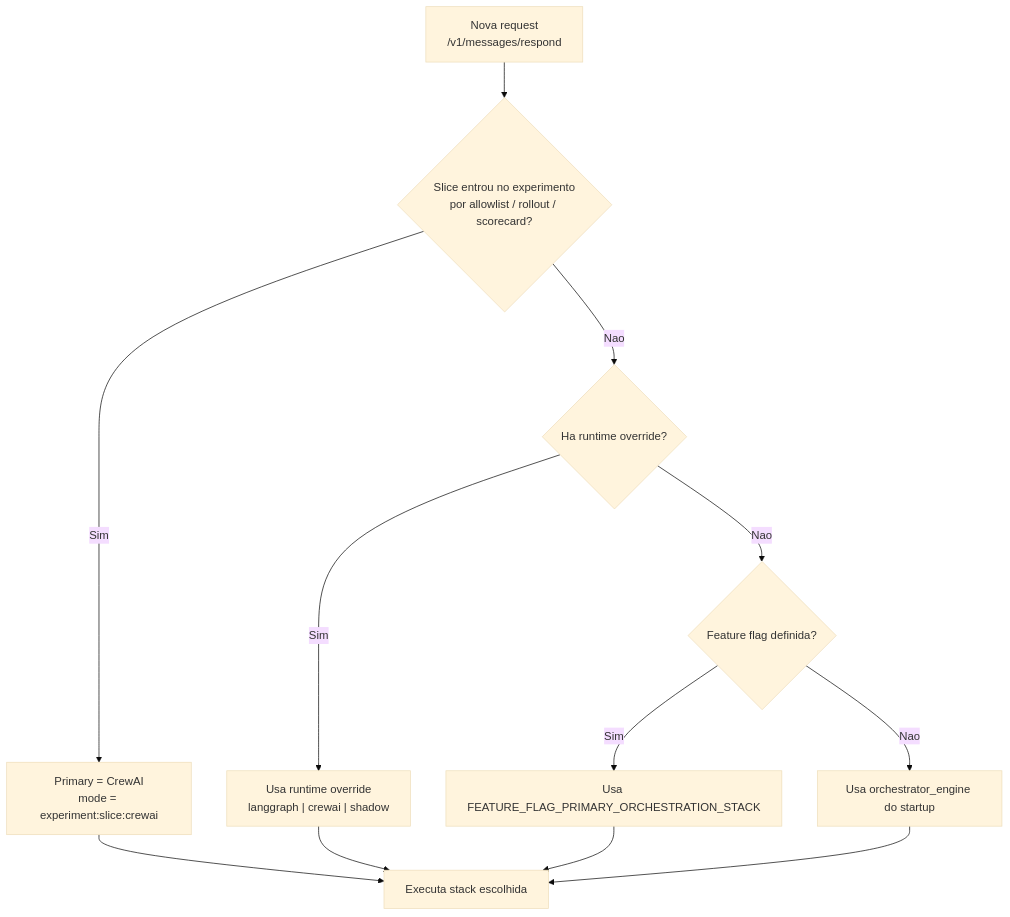
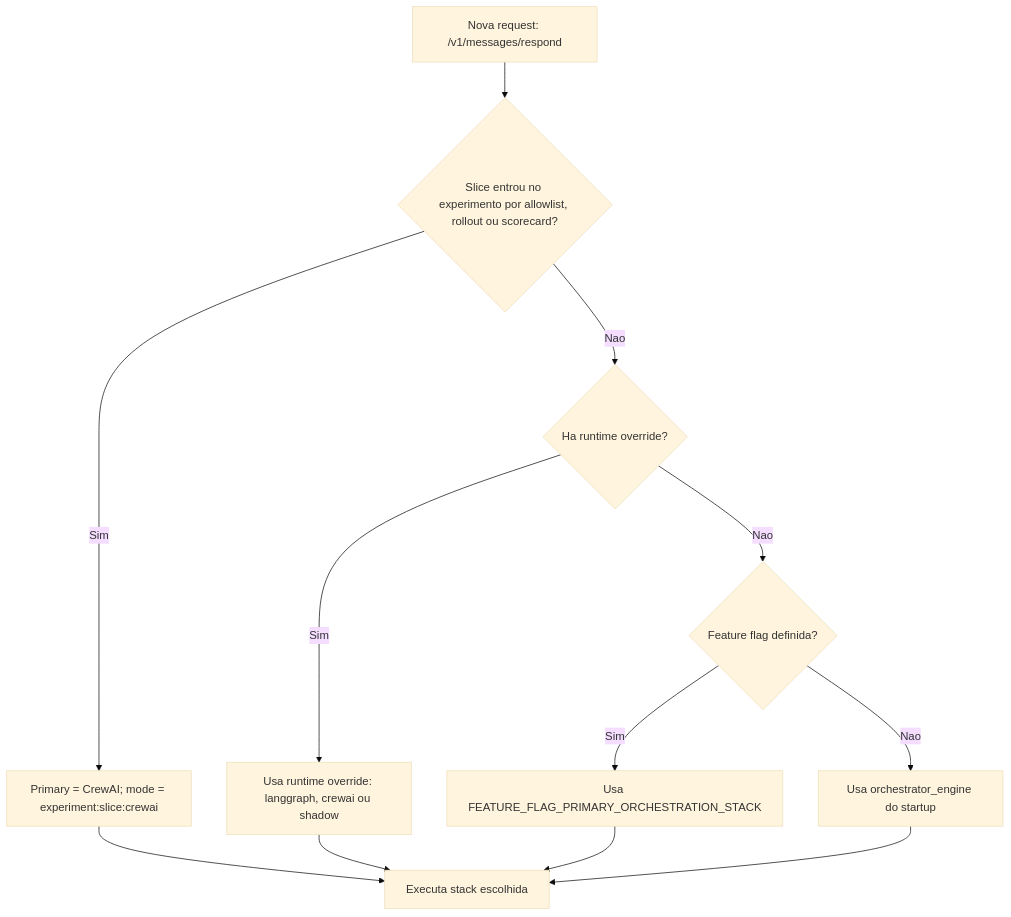
One commit to EliseuODaniel/eduassist-platform changed the second of 15 diagrams in docs/architecture/dual-stack-runtime-visual-guide.md. Above: the diagram before and after it, drawn with Mermaid (base theme). The commit also changed other lines of this file, not shown here.

Commit message:
Simplify Mermaid syntax in dual stack visual guide

````diff
--- a/docs/architecture/dual-stack-runtime-visual-guide.md
+++ b/docs/architecture/dual-stack-runtime-visual-guide.md
@@ -50,15 +50,15 @@
 ```mermaid
-flowchart TD
-    A["Nova request<br/>/v1/messages/respond"] --> B{"Slice entrou no experimento<br/>por allowlist / rollout / scorecard?"}
-    B -- Sim --> C["Primary = CrewAI<br/>mode = experiment:slice:crewai"]
+graph TD
+    A["Nova request: /v1/messages/respond"] --> B{"Slice entrou no experimento por allowlist, rollout ou scorecard?"}
+    B -- Sim --> C["Primary = CrewAI; mode = experiment:slice:crewai"]
     B -- Nao --> D{"Ha runtime override?"}
-    D -- Sim --> E["Usa runtime override<br/>langgraph | crewai | shadow"]
+    D -- Sim --> E["Usa runtime override: langgraph, crewai ou shadow"]
     D -- Nao --> F{"Feature flag definida?"}
     F -- Sim --> G["Usa FEATURE_FLAG_PRIMARY_ORCHESTRATION_STACK"]
     F -- Nao --> H["Usa orchestrator_engine do startup"]
 
     C --> I["Executa stack escolhida"]
     E --> I
     G --> I
     H --> I
 ```
````
